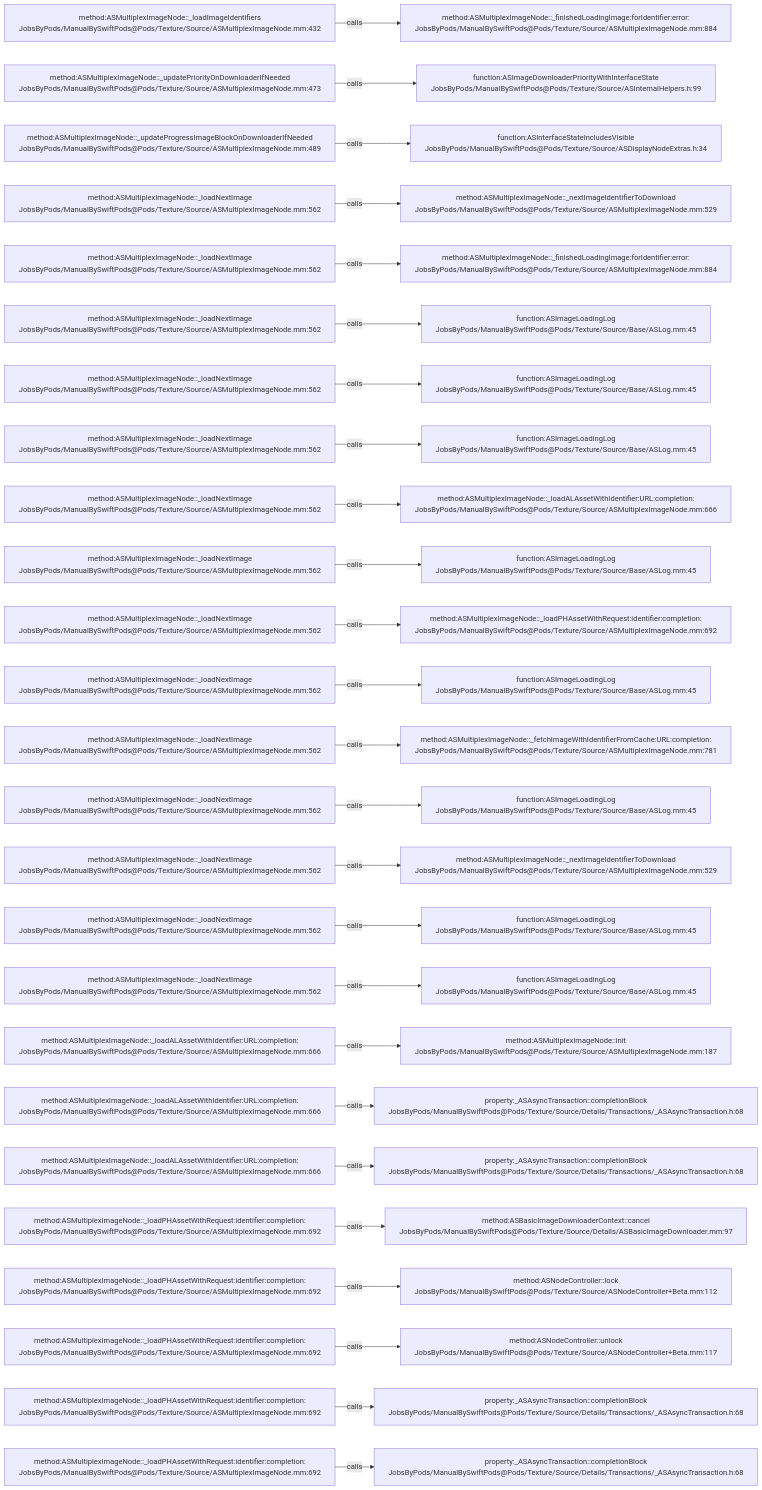
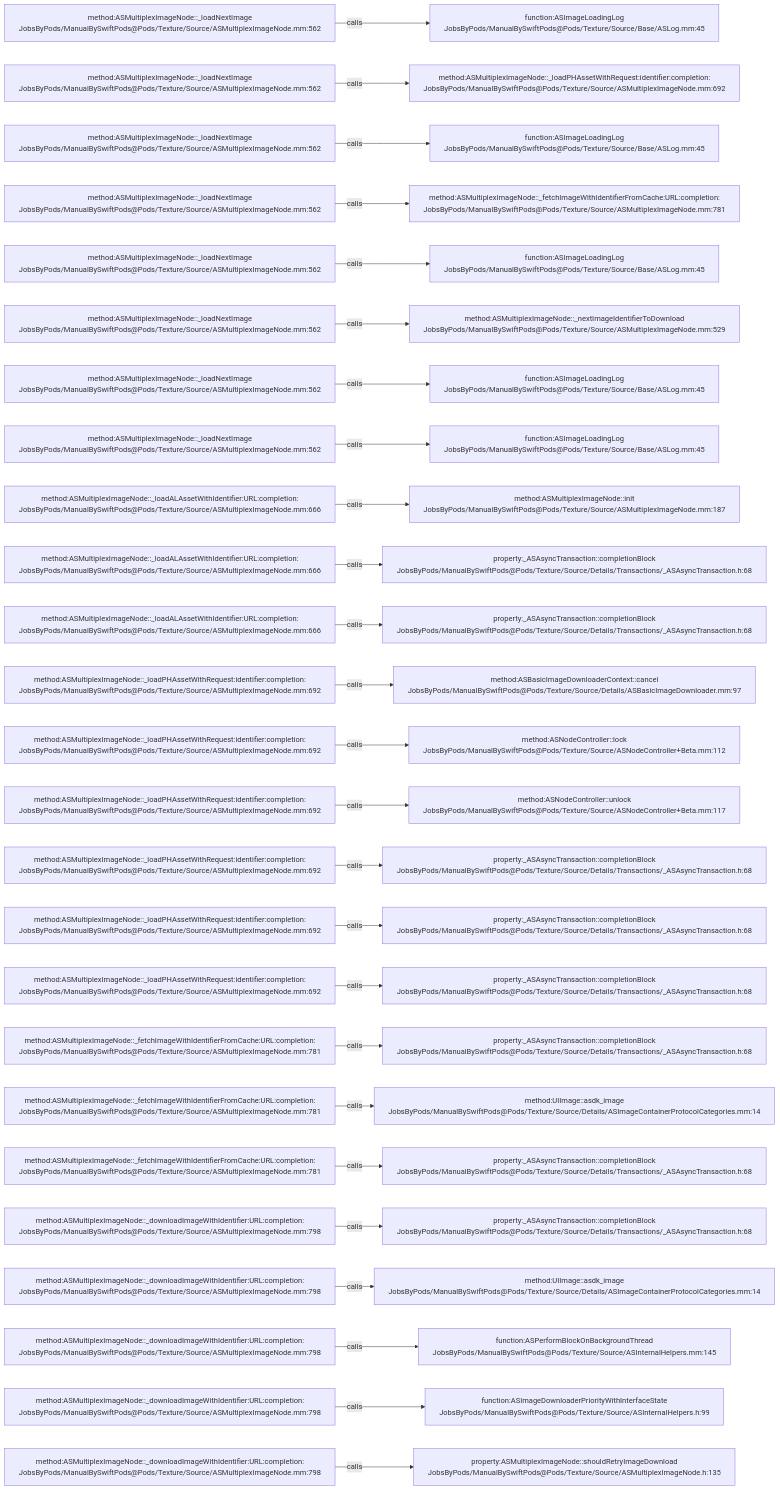
One commit to JobsKits/JobsSwiftBaseConfigDemo changed the diagram in .codegraph/codegraph.md/graphs/calls-048.md. Above: the diagram before and after it, drawn with Mermaid. The commit also changed 707 other files, not shown here.

````diff
--- a/.codegraph/codegraph.md/graphs/calls-048.md
+++ b/.codegraph/codegraph.md/graphs/calls-048.md
@@ -13,78 +13,78 @@
 ```mermaid
 flowchart LR
-  S1["method:ASMultiplexImageNode::_loadImageIdentifiers<br/>JobsByPods/ManualBySwiftPods@Pods/Texture/Source/ASMultiplexImageNode.mm:432"]
-  T1["method:ASMultiplexImageNode::_finishedLoadingImage:forIdentifier:error:<br/>JobsByPods/ManualBySwiftPods@Pods/Texture/Source/ASMultiplexImageNode.mm:884"]
+  S1["method:ASMultiplexImageNode::_loadNextImage<br/>JobsByPods/ManualBySwiftPods@Pods/Texture/Source/ASMultiplexImageNode.mm:562"]
+  T1["function:ASImageLoadingLog<br/>JobsByPods/ManualBySwiftPods@Pods/Texture/Source/Base/ASLog.mm:45"]
   S1 -->|calls| T1
-  S2["method:ASMultiplexImageNode::_updatePriorityOnDownloaderIfNeeded<br/>JobsByPods/ManualBySwiftPods@Pods/Texture/Source/ASMultiplexImageNode.mm:473"]
-  T2["function:ASImageDownloaderPriorityWithInterfaceState<br/>JobsByPods/ManualBySwiftPods@Pods/Texture/Source/ASInternalHelpers.h:99"]
+  S2["method:ASMultiplexImageNode::_loadNextImage<br/>JobsByPods/ManualBySwiftPods@Pods/Texture/Source/ASMultiplexImageNode.mm:562"]
+  T2["method:ASMultiplexImageNode::_loadPHAssetWithRequest:identifier:completion:<br/>JobsByPods/ManualBySwiftPods@Pods/Texture/Source/ASMultiplexImageNode.mm:692"]
   S2 -->|calls| T2
-  S3["method:ASMultiplexImageNode::_updateProgressImageBlockOnDownloaderIfNeeded<br/>JobsByPods/ManualBySwiftPods@Pods/Texture/Source/ASMultiplexImageNode.mm:489"]
-  T3["function:ASInterfaceStateIncludesVisible<br/>JobsByPods/ManualBySwiftPods@Pods/Texture/Source/ASDisplayNodeExtras.h:34"]
+  S3["method:ASMultiplexImageNode::_loadNextImage<br/>JobsByPods/ManualBySwiftPods@Pods/Texture/Source/ASMultiplexImageNode.mm:562"]
+  T3["function:ASImageLoadingLog<br/>JobsByPods/ManualBySwiftPods@Pods/Texture/Source/Base/ASLog.mm:45"]
   S3 -->|calls| T3
   S4["method:ASMultiplexImageNode::_loadNextImage<br/>JobsByPods/ManualBySwiftPods@Pods/Texture/Source/ASMultiplexImageNode.mm:562"]
-  T4["method:ASMultiplexImageNode::_nextImageIdentifierToDownload<br/>JobsByPods/ManualBySwiftPods@Pods/Texture/Source/ASMultiplexImageNode.mm:529"]
+  T4["method:ASMultiplexImageNode::_fetchImageWithIdentifierFromCache:URL:completion:<br/>JobsByPods/ManualBySwiftPods@Pods/Texture/Source/ASMultiplexImageNode.mm:781"]
   S4 -->|calls| T4
   S5["method:ASMultiplexImageNode::_loadNextImage<br/>JobsByPods/ManualBySwiftPods@Pods/Texture/Source/ASMultiplexImageNode.mm:562"]
-  T5["method:ASMultiplexImageNode::_finishedLoadingImage:forIdentifier:error:<br/>JobsByPods/ManualBySwiftPods@Pods/Texture/Source/ASMultiplexImageNode.mm:884"]
+  T5["function:ASImageLoadingLog<br/>JobsByPods/ManualBySwiftPods@Pods/Texture/Source/Base/ASLog.mm:45"]
   S5 -->|calls| T5
   S6["method:ASMultiplexImageNode::_loadNextImage<br/>JobsByPods/ManualBySwiftPods@Pods/Texture/Source/ASMultiplexImageNode.mm:562"]
-  T6["function:ASImageLoadingLog<br/>JobsByPods/ManualBySwiftPods@Pods/Texture/Source/Base/ASLog.mm:45"]
+  T6["method:ASMultiplexImageNode::_nextImageIdentifierToDownload<br/>JobsByPods/ManualBySwiftPods@Pods/Texture/Source/ASMultiplexImageNode.mm:529"]
   S6 -->|calls| T6
   S7["method:ASMultiplexImageNode::_loadNextImage<br/>JobsByPods/ManualBySwiftPods@Pods/Texture/Source/ASMultiplexImageNode.mm:562"]
   T7["function:ASImageLoadingLog<br/>JobsByPods/ManualBySwiftPods@Pods/Texture/Source/Base/ASLog.mm:45"]
   S7 -->|calls| T7
   S8["method:ASMultiplexImageNode::_loadNextImage<br/>JobsByPods/ManualBySwiftPods@Pods/Texture/Source/ASMultiplexImageNode.mm:562"]
   T8["function:ASImageLoadingLog<br/>JobsByPods/ManualBySwiftPods@Pods/Texture/Source/Base/ASLog.mm:45"]
   S8 -->|calls| T8
-  S9["method:ASMultiplexImageNode::_loadNextImage<br/>JobsByPods/ManualBySwiftPods@Pods/Texture/Source/ASMultiplexImageNode.mm:562"]
-  T9["method:ASMultiplexImageNode::_loadALAssetWithIdentifier:URL:completion:<br/>JobsByPods/ManualBySwiftPods@Pods/Texture/Source/ASMultiplexImageNode.mm:666"]
+  S9["method:ASMultiplexImageNode::_loadALAssetWithIdentifier:URL:completion:<br/>JobsByPods/ManualBySwiftPods@Pods/Texture/Source/ASMultiplexImageNode.mm:666"]
+  T9["method:ASMultiplexImageNode::init<br/>JobsByPods/ManualBySwiftPods@Pods/Texture/Source/ASMultiplexImageNode.mm:187"]
   S9 -->|calls| T9
-  S10["method:ASMultiplexImageNode::_loadNextImage<br/>JobsByPods/ManualBySwiftPods@Pods/Texture/Source/ASMultiplexImageNode.mm:562"]
-  T10["function:ASImageLoadingLog<br/>JobsByPods/ManualBySwiftPods@Pods/Texture/Source/Base/ASLog.mm:45"]
+  S10["method:ASMultiplexImageNode::_loadALAssetWithIdentifier:URL:completion:<br/>JobsByPods/ManualBySwiftPods@Pods/Texture/Source/ASMultiplexImageNode.mm:666"]
+  T10["property:_ASAsyncTransaction::completionBlock<br/>JobsByPods/ManualBySwiftPods@Pods/Texture/Source/Details/Transactions/_ASAsyncTransaction.h:68"]
   S10 -->|calls| T10
-  S11["method:ASMultiplexImageNode::_loadNextImage<br/>JobsByPods/ManualBySwiftPods@Pods/Texture/Source/ASMultiplexImageNode.mm:562"]
-  T11["method:ASMultiplexImageNode::_loadPHAssetWithRequest:identifier:completion:<br/>JobsByPods/ManualBySwiftPods@Pods/Texture/Source/ASMultiplexImageNode.mm:692"]
+  S11["method:ASMultiplexImageNode::_loadALAssetWithIdentifier:URL:completion:<br/>JobsByPods/ManualBySwiftPods@Pods/Texture/Source/ASMultiplexImageNode.mm:666"]
+  T11["property:_ASAsyncTransaction::completionBlock<br/>JobsByPods/ManualBySwiftPods@Pods/Texture/Source/Details/Transactions/_ASAsyncTransaction.h:68"]
   S11 -->|calls| T11
-  S12["method:ASMultiplexImageNode::_loadNextImage<br/>JobsByPods/ManualBySwiftPods@Pods/Texture/Source/ASMultiplexImageNode.mm:562"]
-  T12["function:ASImageLoadingLog<br/>JobsByPods/ManualBySwiftPods@Pods/Texture/Source/Base/ASLog.mm:45"]
+  S12["method:ASMultiplexImageNode::_loadPHAssetWithRequest:identifier:completion:<br/>JobsByPods/ManualBySwiftPods@Pods/Texture/Source/ASMultiplexImageNode.mm:692"]
+  T12["method:ASBasicImageDownloaderContext::cancel<br/>JobsByPods/ManualBySwiftPods@Pods/Texture/Source/Details/ASBasicImageDownloader.mm:97"]
   S12 -->|calls| T12
-  S13["method:ASMultiplexImageNode::_loadNextImage<br/>JobsByPods/ManualBySwiftPods@Pods/Texture/Source/ASMultiplexImageNode.mm:562"]
-  T13["method:ASMultiplexImageNode::_fetchImageWithIdentifierFromCache:URL:completion:<br/>JobsByPods/ManualBySwiftPods@Pods/Texture/Source/ASMultiplexImageNode.mm:781"]
+  S13["method:ASMultiplexImageNode::_loadPHAssetWithRequest:identifier:completion:<br/>JobsByPods/ManualBySwiftPods@Pods/Texture/Source/ASMultiplexImageNode.mm:692"]
+  T13["method:ASNodeController::lock<br/>JobsByPods/ManualBySwiftPods@Pods/Texture/Source/ASNodeController+Beta.mm:112"]
   S13 -->|calls| T13
-  S14["method:ASMultiplexImageNode::_loadNextImage<br/>JobsByPods/ManualBySwiftPods@Pods/Texture/Source/ASMultiplexImageNode.mm:562"]
-  T14["function:ASImageLoadingLog<br/>JobsByPods/ManualBySwiftPods@Pods/Texture/Source/Base/ASLog.mm:45"]
+  S14["method:ASMultiplexImageNode::_loadPHAssetWithRequest:identifier:completion:<br/>JobsByPods/ManualBySwiftPods@Pods/Texture/Source/ASMultiplexImageNode.mm:692"]
+  T14["method:ASNodeController::unlock<br/>JobsByPods/ManualBySwiftPods@Pods/Texture/Source/ASNodeController+Beta.mm:117"]
   S14 -->|calls| T14
-  S15["method:ASMultiplexImageNode::_loadNextImage<br/>JobsByPods/ManualBySwiftPods@Pods/Texture/Source/ASMultiplexImageNode.mm:562"]
-  T15["method:ASMultiplexImageNode::_nextImageIdentifierToDownload<br/>JobsByPods/ManualBySwiftPods@Pods/Texture/Source/ASMultiplexImageNode.mm:529"]
+  S15["method:ASMultiplexImageNode::_loadPHAssetWithRequest:identifier:completion:<br/>JobsByPods/ManualBySwiftPods@Pods/Texture/Source/ASMultiplexImageNode.mm:692"]
+  T15["property:_ASAsyncTransaction::completionBlock<br/>JobsByPods/ManualBySwiftPods@Pods/Texture/Source/Details/Transactions/_ASAsyncTransaction.h:68"]
   S15 -->|calls| T15
-  S16["method:ASMultiplexImageNode::_loadNextImage<br/>JobsByPods/ManualBySwiftPods@Pods/Texture/Source/ASMultiplexImageNode.mm:562"]
-  T16["function:ASImageLoadingLog<br/>JobsByPods/ManualBySwiftPods@Pods/Texture/Source/Base/ASLog.mm:45"]
+  S16["method:ASMultiplexImageNode::_loadPHAssetWithRequest:identifier:completion:<br/>JobsByPods/ManualBySwiftPods@Pods/Texture/Source/ASMultiplexImageNode.mm:692"]
+  T16["property:_ASAsyncTransaction::completionBlock<br/>JobsByPods/ManualBySwiftPods@Pods/Texture/Source/Details/Transactions/_ASAsyncTransaction.h:68"]
   S16 -->|calls| T16
-  S17["method:ASMultiplexImageNode::_loadNextImage<br/>JobsByPods/ManualBySwiftPods@Pods/Texture/Source/ASMultiplexImageNode.mm:562"]
-  T17["function:ASImageLoadingLog<br/>JobsByPods/ManualBySwiftPods@Pods/Texture/Source/Base/ASLog.mm:45"]
+  S17["method:ASMultiplexImageNode::_loadPHAssetWithRequest:identifier:completion:<br/>JobsByPods/ManualBySwiftPods@Pods/Texture/Source/ASMultiplexImageNode.mm:692"]
+  T17["property:_ASAsyncTransaction::completionBlock<br/>JobsByPods/ManualBySwiftPods@Pods/Texture/Source/Details/Transactions/_ASAsyncTransaction.h:68"]
   S17 -->|calls| T17
-  S18["method:ASMultiplexImageNode::_loadALAssetWithIdentifier:URL:completion:<br/>JobsByPods/ManualBySwiftPods@Pods/Texture/Source/ASMultiplexImageNode.mm:666"]
-  T18["method:ASMultiplexImageNode::init<br/>JobsByPods/ManualBySwiftPods@Pods/Texture/Source/ASMultiplexImageNode.mm:187"]
+  S18["method:ASMultiplexImageNode::_fetchImageWithIdentifierFromCache:URL:completion:<br/>JobsByPods/ManualBySwiftPods@Pods/Texture/Source/ASMultiplexImageNode.mm:781"]
+  T18["property:_ASAsyncTransaction::completionBlock<br/>JobsByPods/ManualBySwiftPods@Pods/Texture/Source/Details/Transactions/_ASAsyncTransaction.h:68"]
   S18 -->|calls| T18
-  S19["method:ASMultiplexImageNode::_loadALAssetWithIdentifier:URL:completion:<br/>JobsByPods/ManualBySwiftPods@Pods/Texture/Source/ASMultiplexImageNode.mm:666"]
-  T19["property:_ASAsyncTransaction::completionBlock<br/>JobsByPods/ManualBySwiftPods@Pods/Texture/Source/Details/Transactions/_ASAsyncTransaction.h:68"]
+  S19["method:ASMultiplexImageNode::_fetchImageWithIdentifierFromCache:URL:completion:<br/>JobsByPods/ManualBySwiftPods@Pods/Texture/Source/ASMultiplexImageNode.mm:781"]
+  T19["method:UIImage::asdk_image<br/>JobsByPods/ManualBySwiftPods@Pods/Texture/Source/Details/ASImageContainerProtocolCategories.mm:14"]
   S19 -->|calls| T19
-  S20["method:ASMultiplexImageNode::_loadALAssetWithIdentifier:URL:completion:<br/>JobsByPods/ManualBySwiftPods@Pods/Texture/Source/ASMultiplexImageNode.mm:666"]
+  S20["method:ASMultiplexImageNode::_fetchImageWithIdentifierFromCache:URL:completion:<br/>JobsByPods/ManualBySwiftPods@Pods/Texture/Source/ASMultiplexImageNode.mm:781"]
   T20["property:_ASAsyncTransaction::completionBlock<br/>JobsByPods/ManualBySwiftPods@Pods/Texture/Source/Details/Transactions/_ASAsyncTransaction.h:68"]
   S20 -->|calls| T20
-  S21["method:ASMultiplexImageNode::_loadPHAssetWithRequest:identifier:completion:<br/>JobsByPods/ManualBySwiftPods@Pods/Texture/Source/ASMultiplexImageNode.mm:692"]
-  T21["method:ASBasicImageDownloaderContext::cancel<br/>JobsByPods/ManualBySwiftPods@Pods/Texture/Source/Details/ASBasicImageDownloader.mm:97"]
+  S21["method:ASMultiplexImageNode::_downloadImageWithIdentifier:URL:completion:<br/>JobsByPods/ManualBySwiftPods@Pods/Texture/Source/ASMultiplexImageNode.mm:798"]
+  T21["property:_ASAsyncTransaction::completionBlock<br/>JobsByPods/ManualBySwiftPods@Pods/Texture/Source/Details/Transactions/_ASAsyncTransaction.h:68"]
   S21 -->|calls| T21
-  S22["method:ASMultiplexImageNode::_loadPHAssetWithRequest:identifier:completion:<br/>JobsByPods/ManualBySwiftPods@Pods/Texture/Source/ASMultiplexImageNode.mm:692"]
-  T22["method:ASNodeController::lock<br/>JobsByPods/ManualBySwiftPods@Pods/Texture/Source/ASNodeController+Beta.mm:112"]
+  S22["method:ASMultiplexImageNode::_downloadImageWithIdentifier:URL:completion:<br/>JobsByPods/ManualBySwiftPods@Pods/Texture/Source/ASMultiplexImageNode.mm:798"]
+  T22["method:UIImage::asdk_image<br/>JobsByPods/ManualBySwiftPods@Pods/Texture/Source/Details/ASImageContainerProtocolCategories.mm:14"]
   S22 -->|calls| T22
-  S23["method:ASMultiplexImageNode::_loadPHAssetWithRequest:identifier:completion:<br/>JobsByPods/ManualBySwiftPods@Pods/Texture/Source/ASMultiplexImageNode.mm:692"]
-  T23["method:ASNodeController::unlock<br/>JobsByPods/ManualBySwiftPods@Pods/Texture/Source/ASNodeController+Beta.mm:117"]
+  S23["method:ASMultiplexImageNode::_downloadImageWithIdentifier:URL:completion:<br/>JobsByPods/ManualBySwiftPods@Pods/Texture/Source/ASMultiplexImageNode.mm:798"]
+  T23["function:ASPerformBlockOnBackgroundThread<br/>JobsByPods/ManualBySwiftPods@Pods/Texture/Source/ASInternalHelpers.mm:145"]
   S23 -->|calls| T23
-  S24["method:ASMultiplexImageNode::_loadPHAssetWithRequest:identifier:completion:<br/>JobsByPods/ManualBySwiftPods@Pods/Texture/Source/ASMultiplexImageNode.mm:692"]
-  T24["property:_ASAsyncTransaction::completionBlock<br/>JobsByPods/ManualBySwiftPods@Pods/Texture/Source/Details/Transactions/_ASAsyncTransaction.h:68"]
+  S24["method:ASMultiplexImageNode::_downloadImageWithIdentifier:URL:completion:<br/>JobsByPods/ManualBySwiftPods@Pods/Texture/Source/ASMultiplexImageNode.mm:798"]
+  T24["function:ASImageDownloaderPriorityWithInterfaceState<br/>JobsByPods/ManualBySwiftPods@Pods/Texture/Source/ASInternalHelpers.h:99"]
   S24 -->|calls| T24
-  S25["method:ASMultiplexImageNode::_loadPHAssetWithRequest:identifier:completion:<br/>JobsByPods/ManualBySwiftPods@Pods/Texture/Source/ASMultiplexImageNode.mm:692"]
-  T25["property:_ASAsyncTransaction::completionBlock<br/>JobsByPods/ManualBySwiftPods@Pods/Texture/Source/Details/Transactions/_ASAsyncTransaction.h:68"]
+  S25["method:ASMultiplexImageNode::_downloadImageWithIdentifier:URL:completion:<br/>JobsByPods/ManualBySwiftPods@Pods/Texture/Source/ASMultiplexImageNode.mm:798"]
+  T25["property:ASMultiplexImageNode::shouldRetryImageDownload<br/>JobsByPods/ManualBySwiftPods@Pods/Texture/Source/ASMultiplexImageNode.h:135"]
   S25 -->|calls| T25
 ```
````
